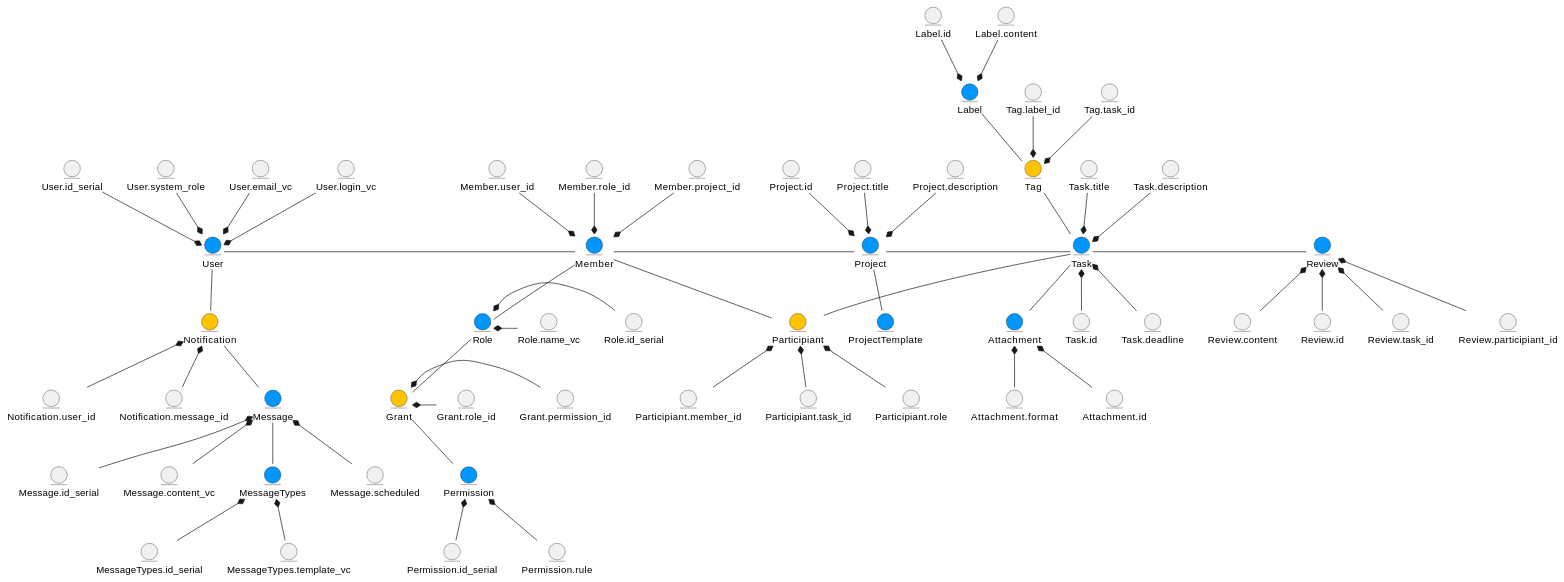
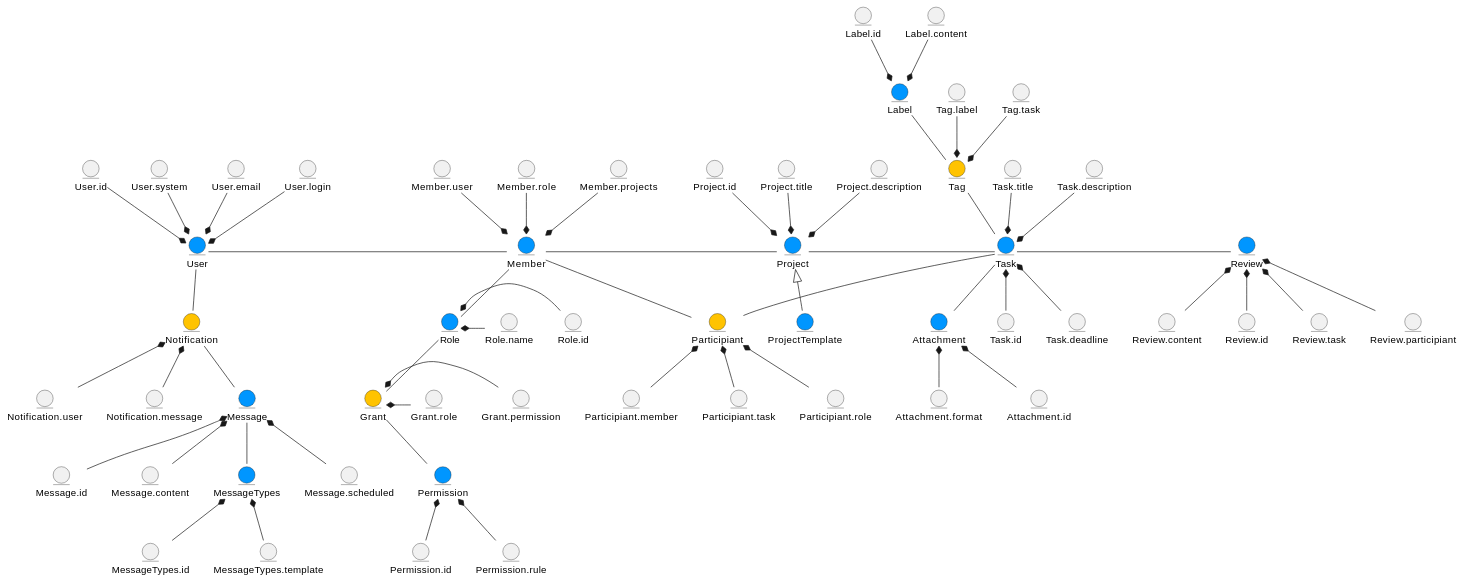
The diagram in docs/design/README.md (boldak/edu-db-cw), drawn with PlantUML before and after one commit.

Commit message:
Refactor

```diff
--- a/docs/design/README.md
+++ b/docs/design/README.md
@@ -26,33 +26,33 @@
   entity Participiant #FFC300
   entity Member #0096FF
   
-  entity Member.user_id
-  entity Member.role_id
-  entity Member.project_id
+  entity Member.user
+  entity Member.role
+  entity Member.projects
   
-  entity Role.id_serial
-  entity Role.name_vc
+  entity Role.id
+  entity Role.name
 
-  entity Grant.role_id
-  entity Grant.permission_id
+  entity Grant.role
+  entity Grant.permission
 
-  entity Permission.id_serial
+  entity Permission.id
   entity Permission.rule
   
-  entity Notification.user_id
-  entity Notification.message_id
+  entity Notification.user
+  entity Notification.message
   
   entity Message.scheduled
-  entity Message.id_serial
-  entity Message.content_vc
+  entity Message.id
+  entity Message.content
 
-  entity MessageTypes.id_serial
-  entity MessageTypes.template_vc
+  entity MessageTypes.id
+  entity MessageTypes.template
     
-  entity User.system_role
-  entity User.email_vc
-  entity User.login_vc
-  entity User.id_serial
+  entity User.system
+  entity User.email
+  entity User.login
+  entity User.id
 
   User -r- Member
   Member -d- Role
@@ -63,40 +63,40 @@
   Message -u-  Notification
   Message -d-  MessageTypes
   
-  Member.user_id -d-* Member
-  Member.role_id -d-* Member
-  Member.project_id -d-* Member
+  Member.user -d-* Member
+  Member.role -d-* Member
+  Member.projects -d-* Member
   
-  Role.id_serial -l-* Role
-  Role.name_vc -l-* Role
+  Role.id -l-* Role
+  Role.name -l-* Role
   
-  Grant.role_id -l-* Grant
-  Grant.permission_id -l-* Grant
+  Grant.role -l-* Grant
+  Grant.permission -l-* Grant
   
-  Permission.id_serial -u-* Permission
+  Permission.id -u-* Permission
   Permission.rule -u-* Permission
   
-  Notification.user_id -u-* Notification
-  Notification.message_id -u-* Notification
+  Notification.user -u-* Notification
+  Notification.message -u-* Notification
   
   Message.scheduled -u-* Message
-  Message.id_serial -u-* Message
-  Message.content_vc -u-* Message
+  Message.id -u-* Message
+  Message.content -u-* Message
   
-  MessageTypes.id_serial -u-* MessageTypes
-  MessageTypes.template_vc -u-* MessageTypes
+  MessageTypes.id -u-* MessageTypes
+  MessageTypes.template -u-* MessageTypes
   
-  User.system_role -d-* User
-  User.email_vc -d-* User
-  User.login_vc -d-* User
-  User.id_serial -d-* User
+  User.system -d-* User
+  User.email -d-* User
+  User.login -d-* User
+  User.id -d-* User
 
 
   entity Label.id
   entity Label.content
   
-  entity Tag.label_id
-  entity Tag.task_id
+  entity Tag.label
+  entity Tag.task
   
   entity Task.id
   entity Task.deadline
@@ -107,16 +107,16 @@
   entity Attachment.format
   
   entity Review.id
-  entity Review.task_id
-  entity Review.participiant_id
+  entity Review.task
+  entity Review.participiant
   entity Review.content
   
   entity Project.id
   entity Project.title
   entity Project.description
   
-  entity Participiant.member_id
-  entity Participiant.task_id
+  entity Participiant.member
+  entity Participiant.task
   entity Participiant.role
   
   Label -d- Tag
@@ -125,15 +125,15 @@
   Task -r- Review
   Task -l- Project
   Task -d- Participiant
-  ProjectTemplate -u- Project
+  ProjectTemplate -u-|> Project
   Member -r- Project
   Member -r- Participiant
   
   Label.id -d-* Label
   Label.content -d-* Label
 
-  Tag.label_id -d-* Tag
-  Tag.task_id -d-* Tag
+  Tag.label -d-* Tag
+  Tag.task -d-* Tag
   
   Task.id -u-* Task
   Task.deadline -u-* Task
@@ -144,16 +144,16 @@
   Attachment.format -u-* Attachment
   
   Review.id -u-* Review
-  Review.task_id -u-* Review
-  Review.participiant_id -u-* Review
+  Review.task -u-* Review
+  Review.participiant -u-* Review
   Review.content -u-* Review
   
   Project.id -d-* Project
   Project.title -d-* Project
   Project.description -d-* Project
   
-  Participiant.member_id -u-* Participiant
-  Participiant.task_id -u-* Participiant
+  Participiant.member -u-* Participiant
+  Participiant.task -u-* Participiant
   Participiant.role -u-* Participiant
   
 @enduml
```
